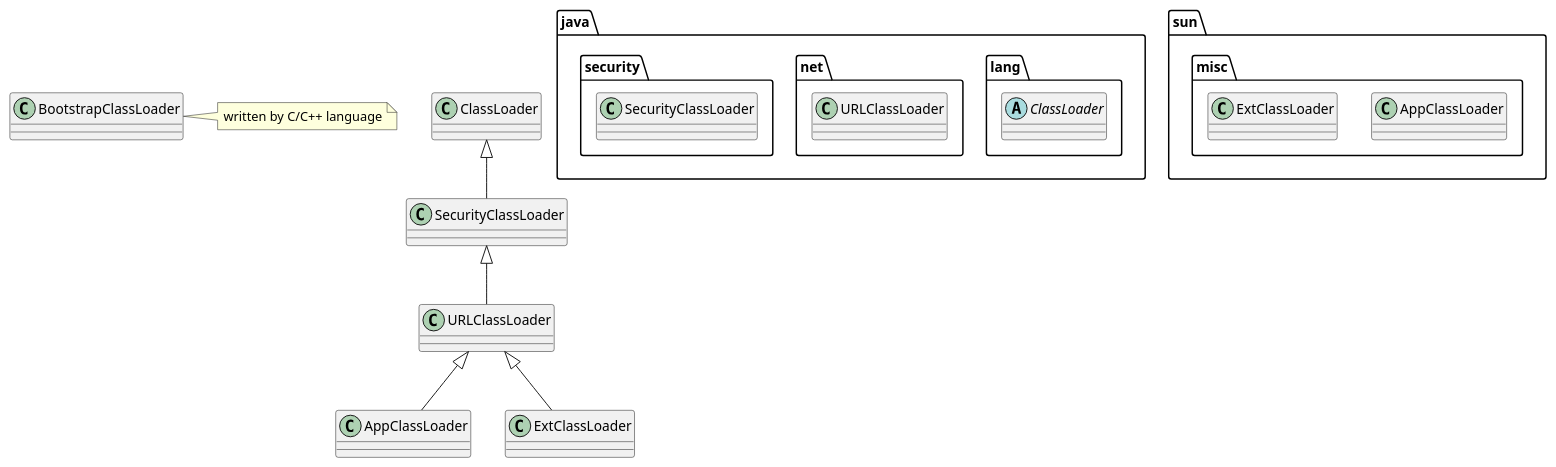
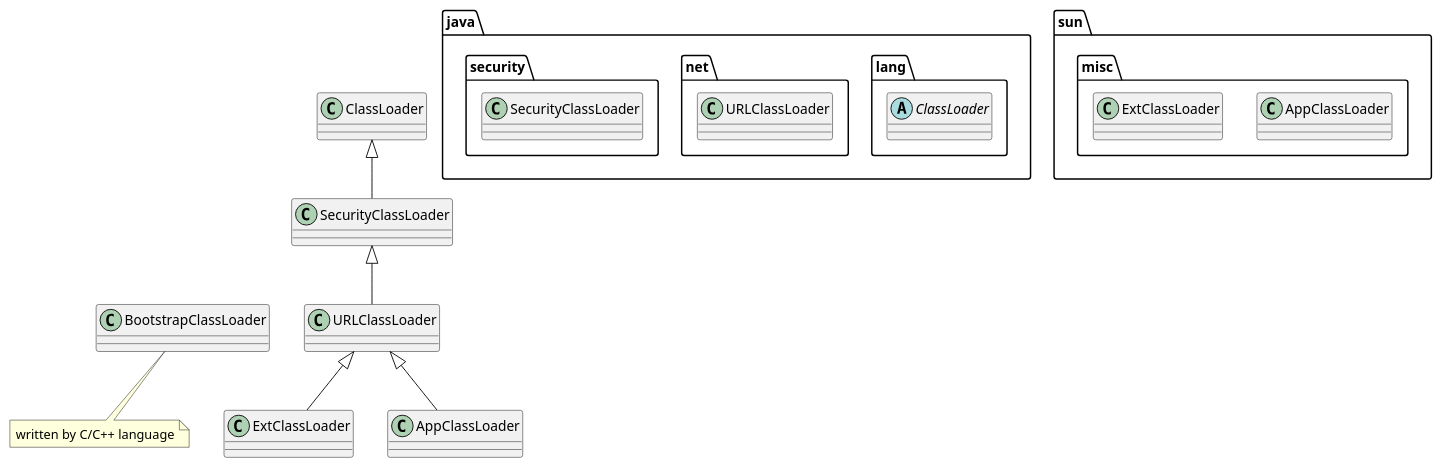
The diagram in classloader/classloader.wsd (oka96/java), drawn with PlantUML before and after one commit.

```diff
--- a/classloader/classloader.wsd
+++ b/classloader/classloader.wsd
@@ -1,24 +1,28 @@
 @startuml classLoader
 package java.lang {
     abstract class ClassLoader
 }
 package sun.misc {
     class AppClassLoader
     class ExtClassLoader
 }
 package java.net {
     class URLClassLoader
 }
 package java.security {
     class SecurityClassLoader
 }
 class SecurityClassLoader extends ClassLoader
 class URLClassLoader extends SecurityClassLoader
 class AppClassLoader extends URLClassLoader
 class ExtClassLoader extends URLClassLoader
 
+
 class BootstrapClassLoader
-note right
+note bottom
     written by C/C++ language
 end note
+
+' align layout purpose
+BootstrapClassLoader -[hidden]down- ExtClassLoader 
 @enduml
```
